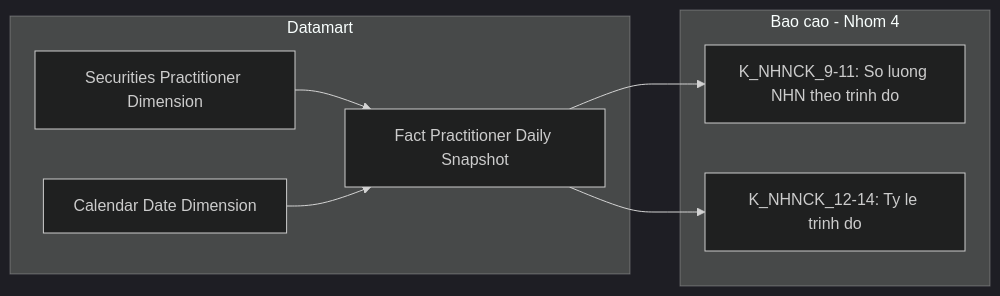
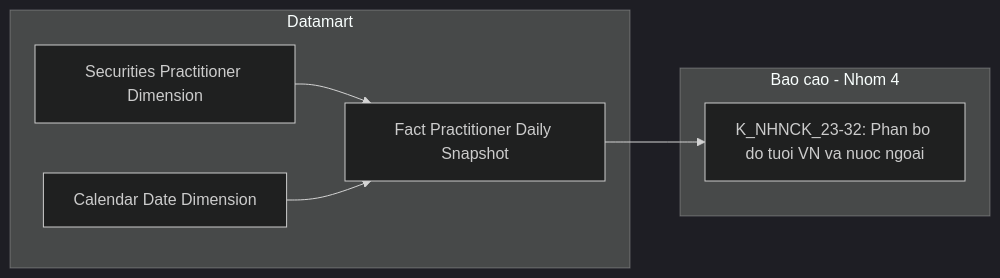
One commit to linhlvit/ubck_atomic_design changed diagram 21 of 40 in Datamart/hld/DTM_NHNCK_HLD.md. Above: the diagram before and after it, drawn with Mermaid (dark theme). The commit also changed other lines of this file and 25 other files, not shown here.

````diff
--- a/Datamart/hld/DTM_NHNCK_HLD.md
+++ b/Datamart/hld/DTM_NHNCK_HLD.md
@@ -585,16 +890,14 @@
 ```mermaid
 flowchart LR
     subgraph Datamart["Datamart"]
         G1["Fact Practitioner Daily Snapshot"]
         G2["Securities Practitioner Dimension"]
         G3["Calendar Date Dimension"]
     end
     subgraph RPT["Bao cao - Nhom 4"]
-        R1["K_NHNCK_9-11: So luong NHN theo trinh do"]
-        R2["K_NHNCK_12-14: Ty le trinh do"]
+        R1["K_NHNCK_23-32: Phan bo do tuoi VN va nuoc ngoai"]
     end
     G1 --> R1
-    G1 --> R2
     G2 --> G1
     G3 --> G1
 ```
````
